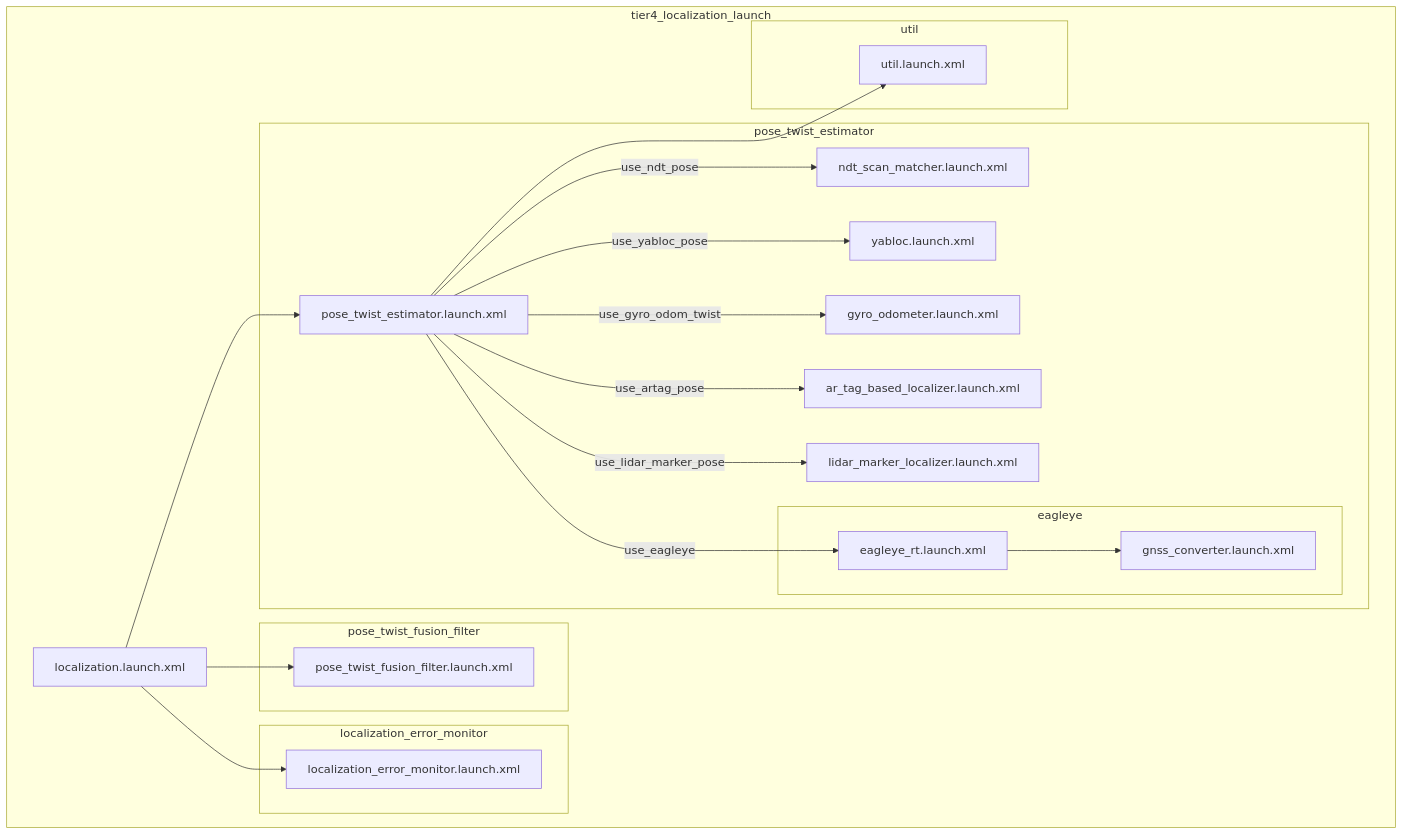
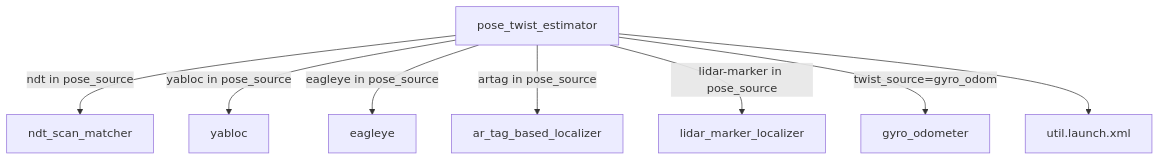
One commit to youtalk/autoware_universe changed the sixth of 20 diagrams in docs/launch-architecture.md. Above: the diagram before and after it, drawn with Mermaid. The commit also changed other lines of this file, not shown here.

````diff
--- a/docs/launch-architecture.md
+++ b/docs/launch-architecture.md
@@ -140,46 +169,20 @@
 ```mermaid
 graph TB
-    subgraph tier4_localization_launch
-        L[localization.launch.xml]
+    PTE[pose_twist_estimator]
 
-        subgraph pose_twist_estimator
-            PTE[pose_twist_estimator.launch.xml]
-            NDT[ndt_scan_matcher.launch.xml]
-            YABLOC[yabloc.launch.xml]
-            GYRO[gyro_odometer.launch.xml]
-            ARTAG[ar_tag_based_localizer.launch.xml]
-            LIDAR_MARKER[lidar_marker_localizer.launch.xml]
+    NDT[ndt_scan_matcher]
+    YAB[yabloc]
+    EAG[eagleye]
+    ART[ar_tag_based_localizer]
+    LID[lidar_marker_localizer]
+    GYR[gyro_odometer]
+    UTIL[util.launch.xml]
 
-            subgraph eagleye
-                EAG[eagleye_rt.launch.xml]
-                GNSS[gnss_converter.launch.xml]
-            end
-        end
-
-        subgraph pose_twist_fusion_filter
-            PTFF[pose_twist_fusion_filter.launch.xml]
-        end
-
-        subgraph localization_error_monitor
-            LEM[localization_error_monitor.launch.xml]
-        end
-
-        subgraph util
-            UTIL[util.launch.xml]
-        end
-    end
-
-    L --> PTE
-    L --> PTFF
-    L --> LEM
-
-    PTE -->|use_ndt_pose| NDT
-    PTE -->|use_yabloc_pose| YABLOC
-    PTE -->|use_gyro_odom_twist| GYRO
-    PTE -->|use_artag_pose| ARTAG
-    PTE -->|use_lidar_marker_pose| LIDAR_MARKER
-    PTE -->|use_eagleye| EAG
+    PTE -->|"ndt in pose_source"| NDT
+    PTE -->|"yabloc in pose_source"| YAB
+    PTE -->|"eagleye in pose_source"| EAG
+    PTE -->|"artag in pose_source"| ART
+    PTE -->|"lidar-marker in pose_source"| LID
+    PTE -->|"twist_source=gyro_odom"| GYR
     PTE --> UTIL
-
-    EAG --> GNSS
 ```
````
